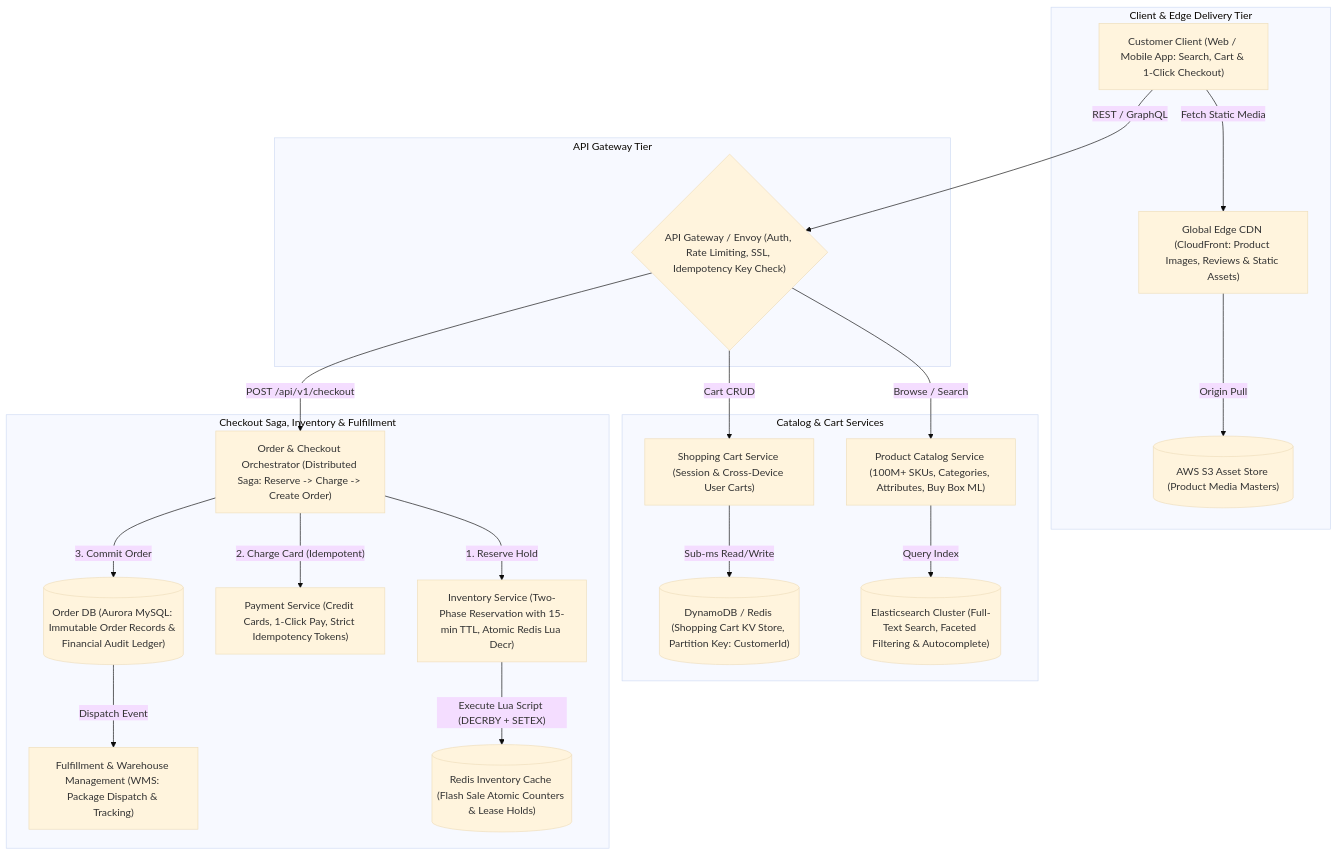
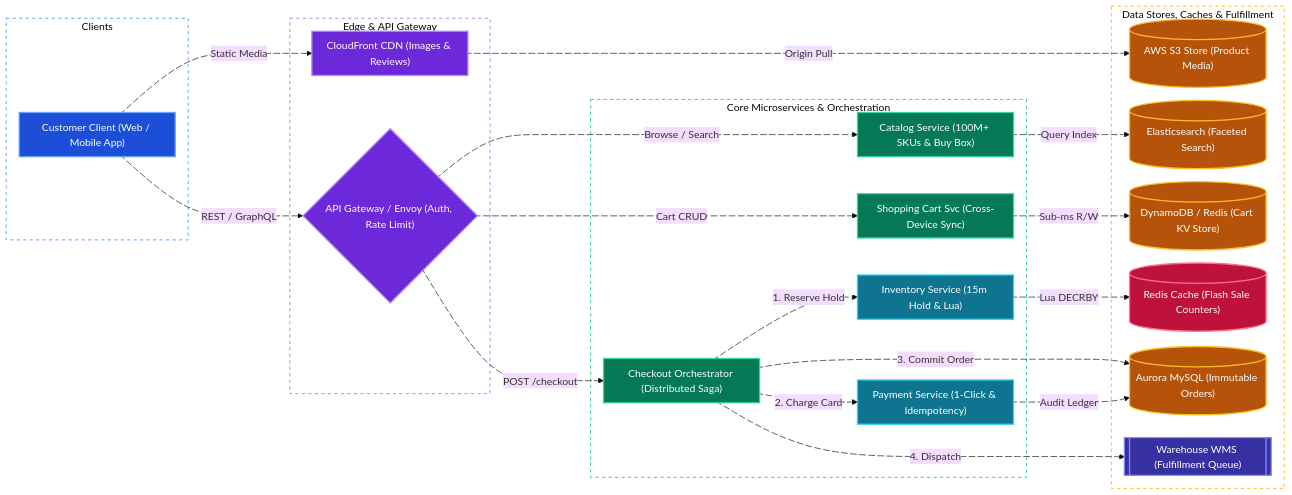
Before and after one commit to tarunbatta/tech-interview-prep: the fourth of 4 diagrams in system-design/amazon.md, drawn with Mermaid (base theme). The commit also changed other lines of this file and 30 other files, not shown here.

First line of the commit message:
docs(system-design): convert Mermaid flowcharts to LR with colors and animated edges

````diff
--- a/system-design/amazon.md
+++ b/system-design/amazon.md
@@ -266,38 +293,76 @@
 ```mermaid
-flowchart TD
-    subgraph ClientEdge["Client & Edge Delivery Tier"]
-        Client["Customer Client (Web / Mobile App: Search, Cart & 1-Click Checkout)"]
-        CDN["Global Edge CDN (CloudFront: Product Images, Reviews & Static Assets)"]
-        S3[("AWS S3 Asset Store (Product Media Masters)")]
+%%{init: {'flowchart': {'nodeSpacing': 20, 'rankSpacing': 40, 'padding': 10}}}%%
+flowchart LR
+    subgraph ClientTier["Clients"]
+        Client["Customer Client (Web / Mobile App)"]
     end
-    subgraph GatewayTier["API Gateway Tier"]
-        GW{"API Gateway / Envoy (Auth, Rate Limiting, SSL, Idempotency Key Check)"}
+    subgraph EdgeTier["Edge & API Gateway"]
+        CDN["CloudFront CDN (Images & Reviews)"]
+        GW{"API Gateway / Envoy (Auth, Rate Limit)"}
     end
-    subgraph BrowsingAndCart["Catalog & Cart Services"]
-        CatalogSvc["Product Catalog Service (100M+ SKUs, Categories, Attributes, Buy Box ML)"]
-        ES[("Elasticsearch Cluster (Full-Text Search, Faceted Filtering & Autocomplete)")]
-        CartSvc["Shopping Cart Service (Session & Cross-Device User Carts)"]
-        DynamoCart[("DynamoDB / Redis (Shopping Cart KV Store, Partition Key: CustomerId)")]
+    subgraph CoreServices["Core Microservices & Orchestration"]
+        CatalogSvc["Catalog Service (100M+ SKUs & Buy Box)"]
+        CartSvc["Shopping Cart Svc (Cross-Device Sync)"]
+        OrderSaga["Checkout Orchestrator (Distributed Saga)"]
+        InvSvc["Inventory Service (15m Hold & Lua)"]
+        PaySvc["Payment Service (1-Click & Idempotency)"]
     end
-    subgraph CheckoutAndFulfillment["Checkout Saga, Inventory & Fulfillment"]
-        OrderSaga["Order & Checkout Orchestrator (Distributed Saga: Reserve -> Charge -> Create Order)"]
-        InvSvc["Inventory Service (Two-Phase Reservation with 15-min TTL, Atomic Redis Lua Decr)"]
-        RedisInv[("Redis Inventory Cache (Flash Sale Atomic Counters & Lease Holds)")]
-        PaySvc["Payment Service (Credit Cards, 1-Click Pay, Strict Idempotency Tokens)"]
-        OrderDB[("Order DB (Aurora MySQL: Immutable Order Records & Financial Audit Ledger)")]
-        WMS["Fulfillment & Warehouse Management (WMS: Package Dispatch & Tracking)"]
+    subgraph DataAndFulfillment["Data Stores, Caches & Fulfillment"]
+        S3[("AWS S3 Store (Product Media)")]
+        ES[("Elasticsearch (Faceted Search)")]
+        DynamoCart[("DynamoDB / Redis (Cart KV Store)")]
+        RedisInv[("Redis Cache (Flash Sale Counters)")]
+        OrderDB[("Aurora MySQL (Immutable Orders)")]
+        WMS[["Warehouse WMS (Fulfillment Queue)"]]
     end
-    Client -->|"Fetch Static Media"| CDN
-    CDN -->|"Origin Pull"| S3
-    Client -->|"REST / GraphQL"| GW
-    GW -->|"Browse / Search"| CatalogSvc
-    CatalogSvc -->|"Query Index"| ES
-    GW -->|"Cart CRUD"| CartSvc
-    CartSvc -->|"Sub-ms Read/Write"| DynamoCart
-    GW -->|"POST /api/v1/checkout"| OrderSaga
-    OrderSaga -->|"1. Reserve Hold"| InvSvc
-    InvSvc -->|"Execute Lua Script (DECRBY + SETEX)"| RedisInv
-    OrderSaga -->|"2. Charge Card (Idempotent)"| PaySvc
-    OrderSaga -->|"3. Commit Order"| OrderDB
-    OrderDB -->|"Dispatch Event"| WMS
+    Client e1@-->|"Static Media"| CDN
+    CDN e2@-->|"Origin Pull"| S3
+    Client e3@-->|"REST / GraphQL"| GW
+    GW e4@-->|"Browse / Search"| CatalogSvc
+    GW e5@-->|"Cart CRUD"| CartSvc
+    GW e6@-->|"POST /checkout"| OrderSaga
+    CatalogSvc e7@-->|"Query Index"| ES
+    CartSvc e8@-->|"Sub-ms R/W"| DynamoCart
+    OrderSaga e9@-->|"1. Reserve Hold"| InvSvc
+    OrderSaga e10@-->|"2. Charge Card"| PaySvc
+    OrderSaga e11@-->|"3. Commit Order"| OrderDB
+    OrderSaga e12@-->|"4. Dispatch"| WMS
+    InvSvc e13@-->|"Lua DECRBY"| RedisInv
+    PaySvc e14@-->|"Audit Ledger"| OrderDB
+
+    e1@{ animate: true }
+    e2@{ animate: true }
+    e3@{ animate: true }
+    e4@{ animate: true }
+    e5@{ animate: true }
+    e6@{ animate: true }
+    e7@{ animate: true }
+    e8@{ animate: true }
+    e9@{ animate: true }
+    e10@{ animate: true }
+    e11@{ animate: true }
+    e12@{ animate: true }
+    e13@{ animate: true }
+    e14@{ animate: true }
+
+    classDef client fill:#1d4ed8,stroke:#60a5fa,stroke-width:2px,color:#ffffff
+    classDef edge fill:#6d28d9,stroke:#a78bfa,stroke-width:2px,color:#ffffff
+    classDef service fill:#047857,stroke:#34d399,stroke-width:2px,color:#ffffff
+    classDef worker fill:#0e7490,stroke:#22d3ee,stroke-width:2px,color:#ffffff
+    classDef cache fill:#be123c,stroke:#fb7185,stroke-width:2px,color:#ffffff
+    classDef storage fill:#b45309,stroke:#fbbf24,stroke-width:2px,color:#ffffff
+    classDef queue fill:#3730a3,stroke:#818cf8,stroke-width:2px,color:#ffffff
+
+    class Client client
+    class CDN,GW edge
+    class CatalogSvc,CartSvc,OrderSaga service
+    class InvSvc,PaySvc worker
+    class RedisInv cache
+    class S3,ES,DynamoCart,OrderDB storage
+    class WMS queue
+
+    style ClientTier fill:transparent,stroke:#60a5fa,stroke-width:1.5px,stroke-dasharray: 5 5
+    style EdgeTier fill:transparent,stroke:#a78bfa,stroke-width:1.5px,stroke-dasharray: 5 5
+    style CoreServices fill:transparent,stroke:#34d399,stroke-width:1.5px,stroke-dasharray: 5 5
+    style DataAndFulfillment fill:transparent,stroke:#fbbf24,stroke-width:1.5px,stroke-dasharray: 5 5
 ```
````
